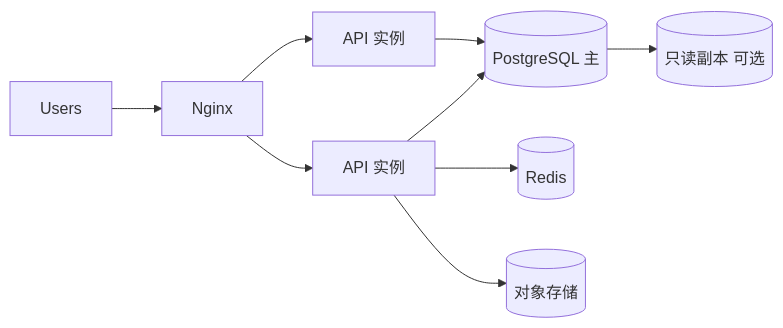
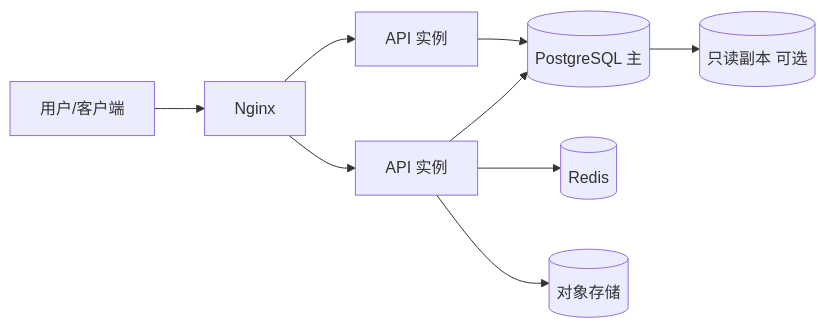
Before and after one commit to Jerry-RL/asset-management-system: the second of 2 diagrams in docs/design/概要设计说明书.md, drawn with Mermaid. The commit also changed other lines of this file and 3 other files, not shown here.

Commit message:
Fix Mermaid diagrams: replace C4Context with standard flowchart syntax.

````diff
--- a/docs/design/概要设计说明书.md
+++ b/docs/design/概要设计说明书.md
@@ -75,11 +81,11 @@
 ```mermaid
 flowchart LR
-  Users --> Nginx
-  Nginx --> API1[API 实例]
-  Nginx --> API2[API 实例]
+  Users["用户/客户端"] --> Nginx
+  Nginx --> API1["API 实例"]
+  Nginx --> API2["API 实例"]
   API1 --> PG[(PostgreSQL 主)]
   API2 --> PG
   PG --> PGR[(只读副本 可选)]
   API1 --> Redis[(Redis)]
   API1 --> OSS[(对象存储)]
 ```
````
